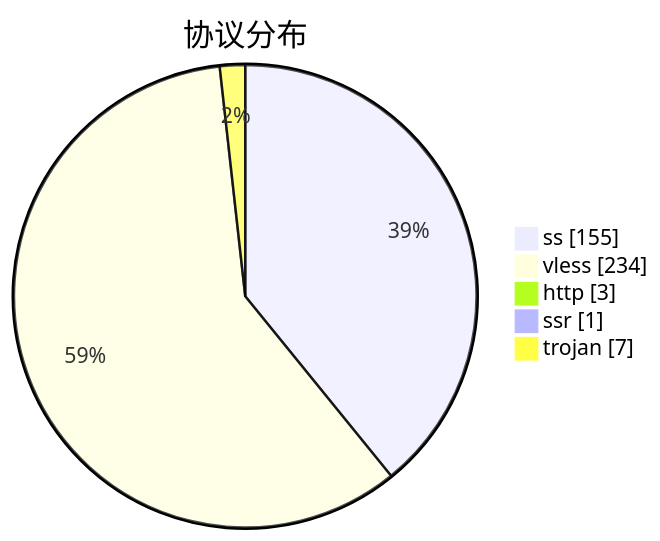
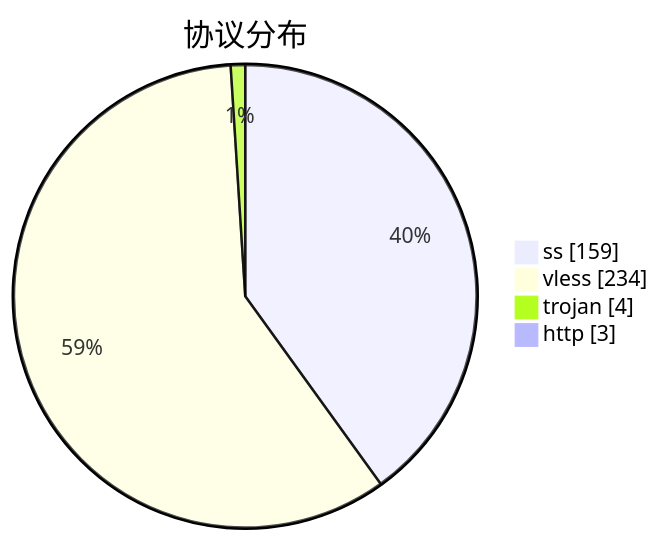
The third of 3 diagrams in subs/statistics/tested_within.md (qjlxg/airport), drawn with Mermaid before and after one commit. The commit also changed other lines of this file and 2 other files, not shown here.

````diff
--- a/subs/statistics/tested_within.md
+++ b/subs/statistics/tested_within.md
@@ -35,9 +34,8 @@
 ```mermaid
 pie showData
 title 协议分布
-"ss" : 155
+"ss" : 159
 "vless" : 234
+"trojan" : 4
 "http" : 3
-"ssr" : 1
-"trojan" : 7
 ```
````
